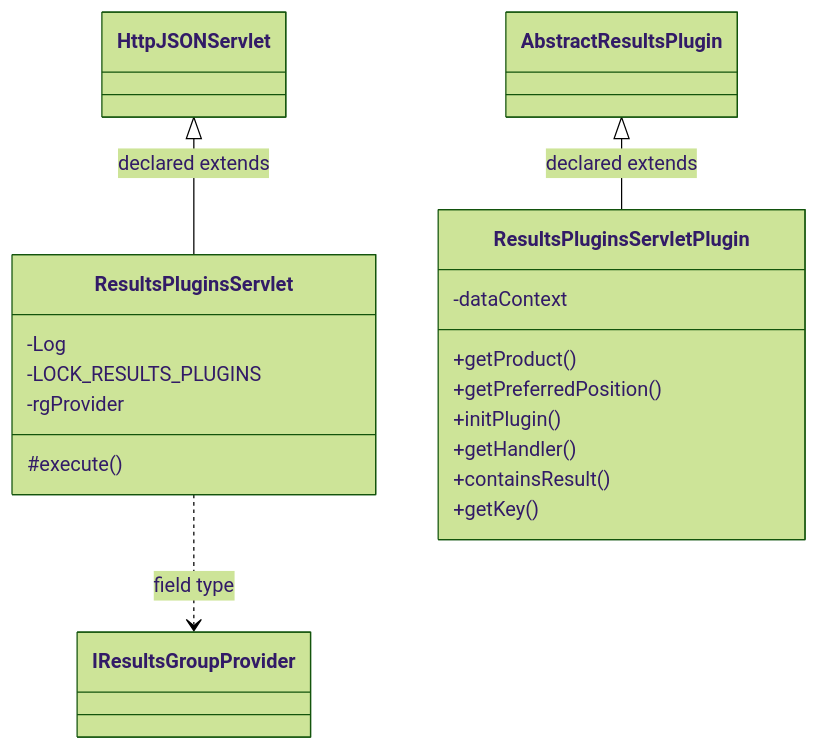
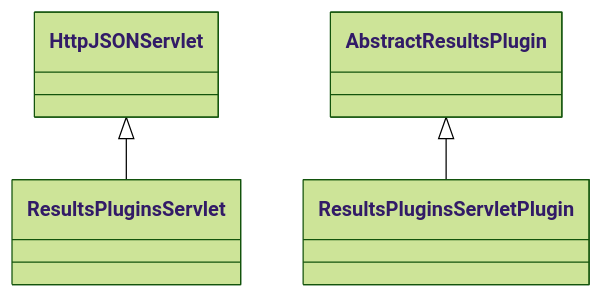
The diagram in docs/sqx/Results/ResultsPlugins.md (haruperi/HaruQuantAI), drawn with Mermaid (forest theme) before and after one commit. The commit also changed other lines of this file and 1688 other files, not shown here.

````diff
--- a/docs/sqx/Results/ResultsPlugins.md
+++ b/docs/sqx/Results/ResultsPlugins.md
@@ -30,24 +26,9 @@
 ```mermaid
 classDiagram
-    class C2f1bf14bc224["ResultsPluginsServlet"] {
-        -Log
-        -LOCK_RESULTS_PLUGINS
-        -rgProvider
-        #execute()
-    }
-    class C9d78565d861f["ResultsPluginsServletPlugin"] {
-        -dataContext
-        +getProduct()
-        +getPreferredPosition()
-        +initPlugin()
-        +getHandler()
-        +containsResult()
-        +getKey()
-    }
-    class C180e0c3f58c3["AbstractResultsPlugin"]
-    class C9ceba9ba4bac["IResultsGroupProvider"]
-    class C8900f90ae594["HttpJSONServlet"]
-    C8900f90ae594 <|-- C2f1bf14bc224 : declared extends
-    C2f1bf14bc224 ..> C9ceba9ba4bac : field type
-    C180e0c3f58c3 <|-- C9d78565d861f : declared extends
+    class C0["ResultsPluginsServlet"]
+    class C1["ResultsPluginsServletPlugin"]
+    class E0["HttpJSONServlet"]
+    E0 <|-- C0
+    class E1["AbstractResultsPlugin"]
+    E1 <|-- C1
 ```
````
